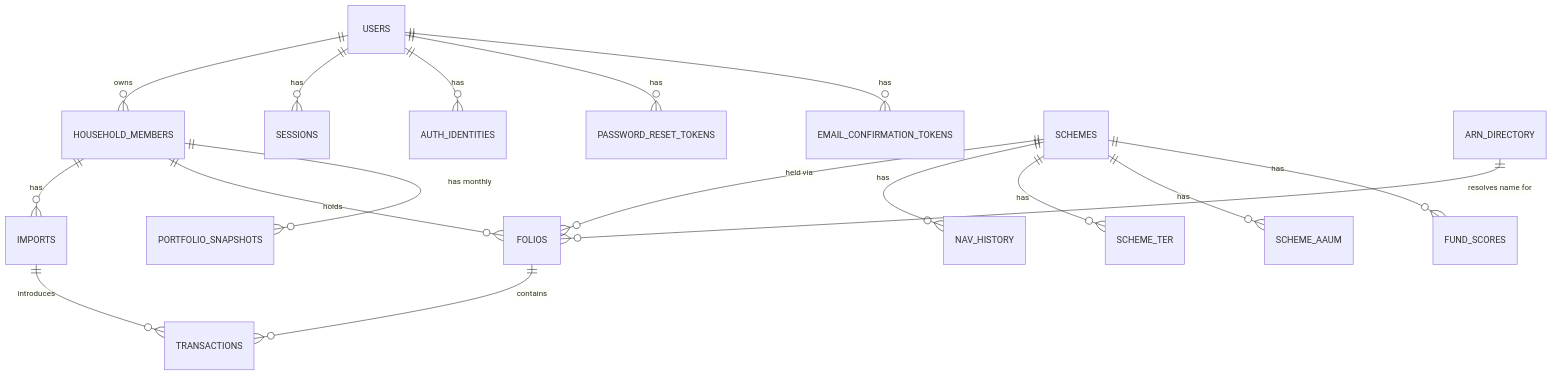
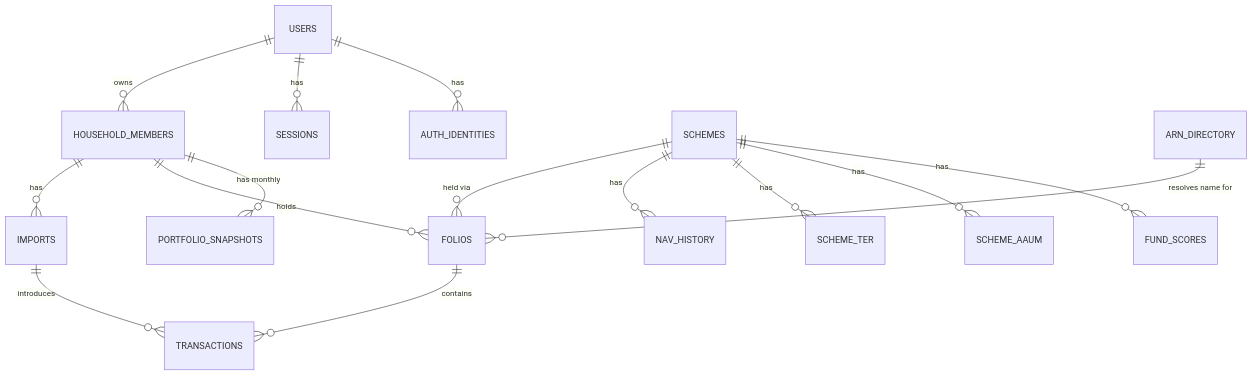
One commit to ayushkarnawat/MVP_V1_MF_only changed the diagram in Docs/PRDs/Database-Schema-Unifolio.md. Above: the diagram before and after it, drawn with Mermaid. The commit also changed other lines of this file and 33 other files, not shown here.

````diff
--- a/Docs/PRDs/Database-Schema-Unifolio.md
+++ b/Docs/PRDs/Database-Schema-Unifolio.md
@@ -44,20 +44,18 @@
 ```mermaid
 %% Core relationships only — full column lists are in the Entity Definitions section below
 erDiagram
     USERS ||--o{ HOUSEHOLD_MEMBERS : "owns"
     USERS ||--o{ SESSIONS : "has"
     USERS ||--o{ AUTH_IDENTITIES : "has"
-    USERS ||--o{ PASSWORD_RESET_TOKENS : "has"
-    USERS ||--o{ EMAIL_CONFIRMATION_TOKENS : "has"
     HOUSEHOLD_MEMBERS ||--o{ IMPORTS : "has"
     HOUSEHOLD_MEMBERS ||--o{ FOLIOS : "holds"
     IMPORTS ||--o{ TRANSACTIONS : "introduces"
     FOLIOS ||--o{ TRANSACTIONS : "contains"
     SCHEMES ||--o{ FOLIOS : "held via"
     SCHEMES ||--o{ NAV_HISTORY : "has"
     SCHEMES ||--o{ SCHEME_TER : "has"
     SCHEMES ||--o{ SCHEME_AAUM : "has"
     SCHEMES ||--o{ FUND_SCORES : "has"
     ARN_DIRECTORY ||--o{ FOLIOS : "resolves name for"
     HOUSEHOLD_MEMBERS ||--o{ PORTFOLIO_SNAPSHOTS : "has monthly"
 ```
````
